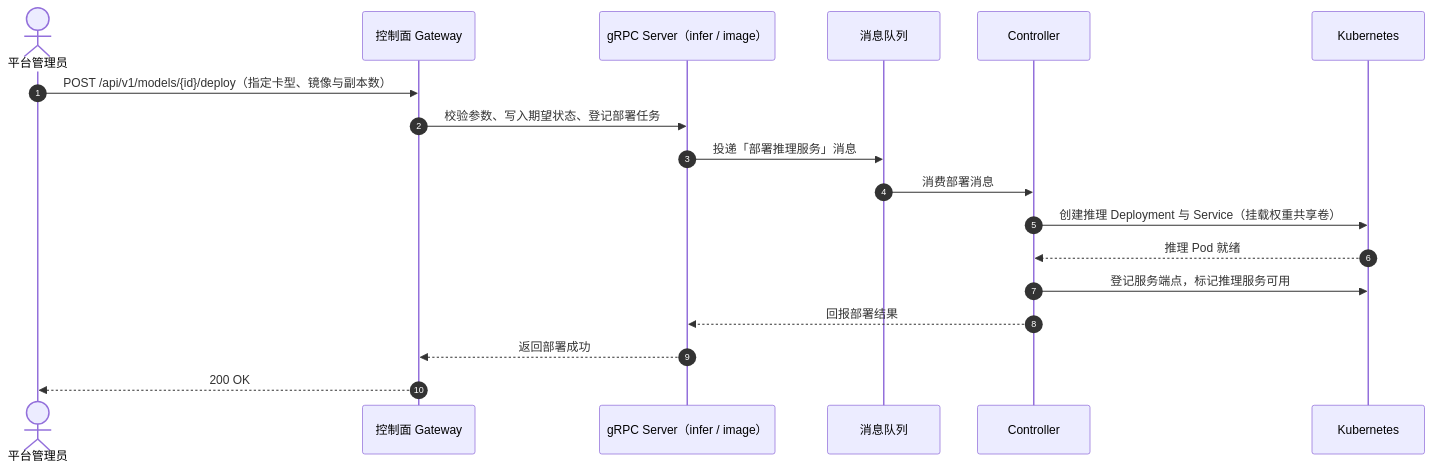
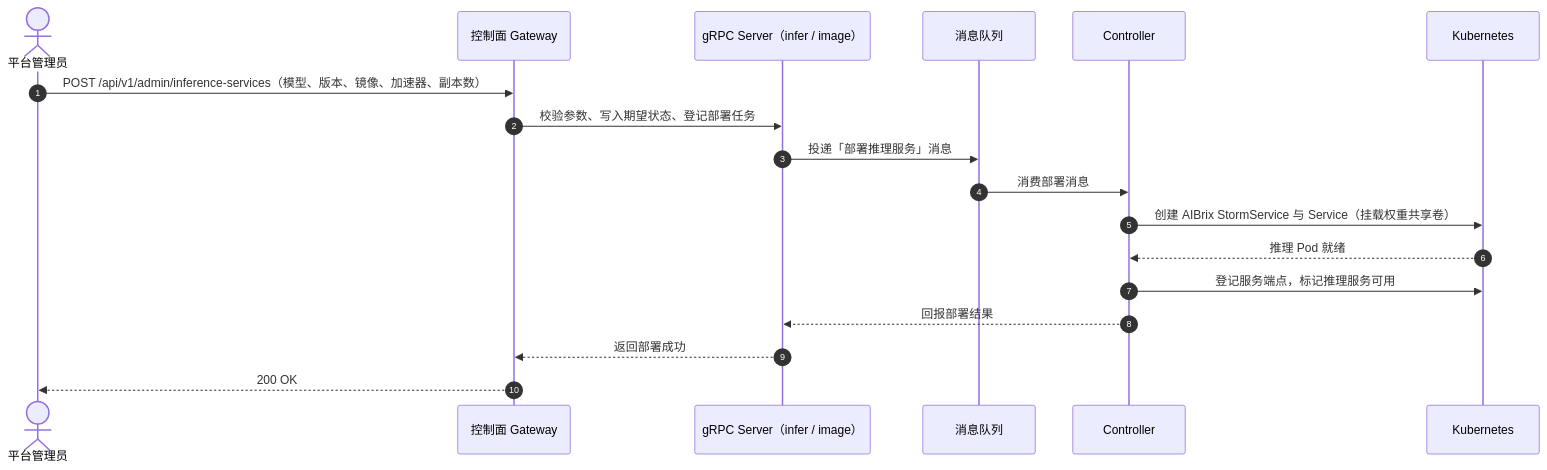
The fifth of 6 diagrams in site/docs/design/architecture.zh-cn.md (go-taas/go-taas), drawn with Mermaid before and after one commit. The commit also changed 13 other files, not shown here.

````diff
--- a/site/docs/design/architecture.zh-cn.md
+++ b/site/docs/design/architecture.zh-cn.md
@@ -523,21 +523,21 @@
 ```mermaid
 sequenceDiagram
     autonumber
     actor Admin as 平台管理员
     participant CGW as 控制面 Gateway
     participant GRPC as gRPC Server（infer / image）
     participant MQ as 消息队列
     participant CTRL as Controller
     participant K8s as Kubernetes
 
-    Admin->>CGW: POST /api/v1/models/{id}/deploy（指定卡型、镜像与副本数）
+    Admin->>CGW: POST /api/v1/admin/inference-services（模型、版本、镜像、加速器、副本数）
     CGW->>GRPC: 校验参数、写入期望状态、登记部署任务
     GRPC->>MQ: 投递「部署推理服务」消息
     MQ->>CTRL: 消费部署消息
-    CTRL->>K8s: 创建推理 Deployment 与 Service（挂载权重共享卷）
+    CTRL->>K8s: 创建 AIBrix StormService 与 Service（挂载权重共享卷）
     K8s-->>CTRL: 推理 Pod 就绪
     CTRL->>K8s: 登记服务端点，标记推理服务可用
     CTRL-->>GRPC: 回报部署结果
     GRPC-->>CGW: 返回部署成功
     CGW-->>Admin: 200 OK
 ```
````
